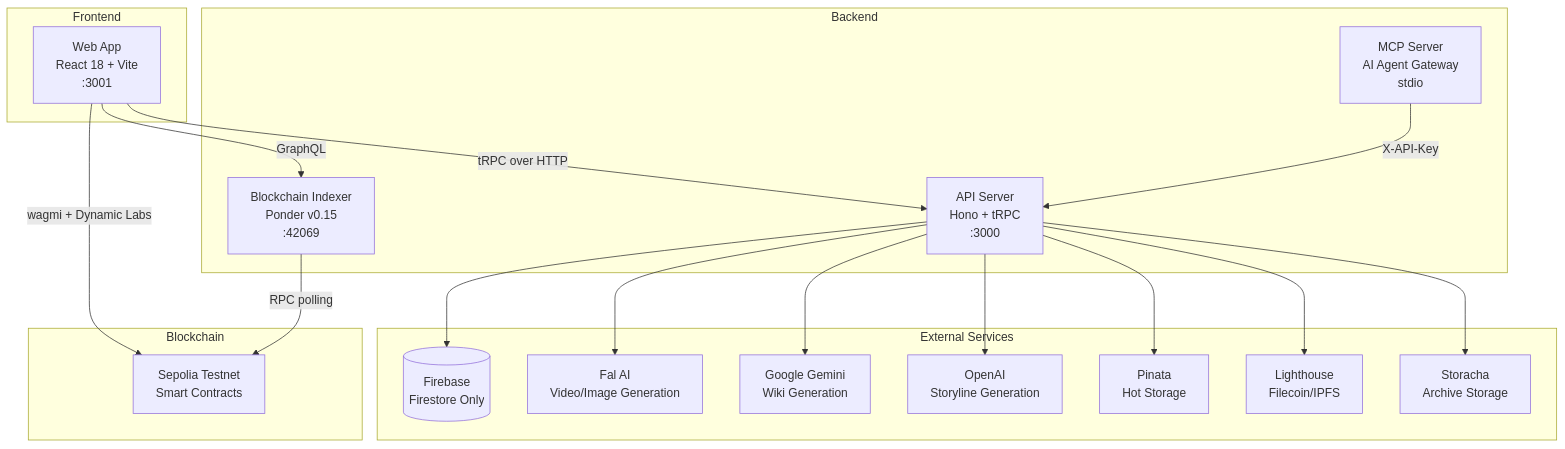
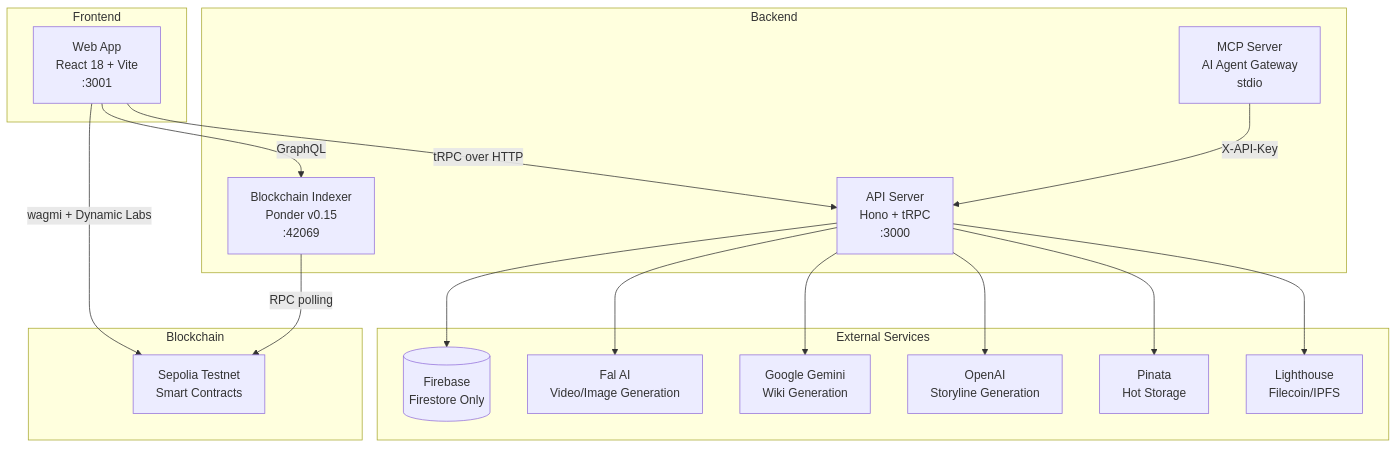
The first of 2 diagrams in docs/architecture.md (EcosystemNetwork/loar), drawn with Mermaid before and after one commit. The commit also changed 28 other files, not shown here.

Commit message:
refactor: remove Storacha storage provider and implement SIWE auto-sign-in loop prevention in wallet-auth hook

````diff
--- a/docs/architecture.md
+++ b/docs/architecture.md
@@ -5,42 +5,39 @@
 ```mermaid
 graph TD
     subgraph Frontend
         WEB[Web App<br/>React 18 + Vite<br/>:3001]
     end
 
     subgraph Backend
         SERVER[API Server<br/>Hono + tRPC<br/>:3000]
         INDEXER[Blockchain Indexer<br/>Ponder v0.15<br/>:42069]
         MCP[MCP Server<br/>AI Agent Gateway<br/>stdio]
     end
 
     subgraph External Services
         FIREBASE[(Firebase<br/>Firestore Only)]
         FAL[Fal AI<br/>Video/Image Generation]
         GEMINI[Google Gemini<br/>Wiki Generation]
         OPENAI[OpenAI<br/>Storyline Generation]
         PINATA[Pinata<br/>Hot Storage]
         LIGHTHOUSE[Lighthouse<br/>Filecoin/IPFS]
-        STORACHA[Storacha<br/>Archive Storage]
     end
 
     subgraph Blockchain
         SEPOLIA[Sepolia Testnet<br/>Smart Contracts]
     end
 
     WEB -->|tRPC over HTTP| SERVER
     WEB -->|GraphQL| INDEXER
     WEB -->|wagmi + Dynamic Labs| SEPOLIA
 
     SERVER --> FIREBASE
     SERVER --> FAL
     SERVER --> GEMINI
     SERVER --> OPENAI
     SERVER --> PINATA
     SERVER --> LIGHTHOUSE
-    SERVER --> STORACHA
-
     INDEXER -->|RPC polling| SEPOLIA
 
     MCP -->|X-API-Key| SERVER
 ```
````
